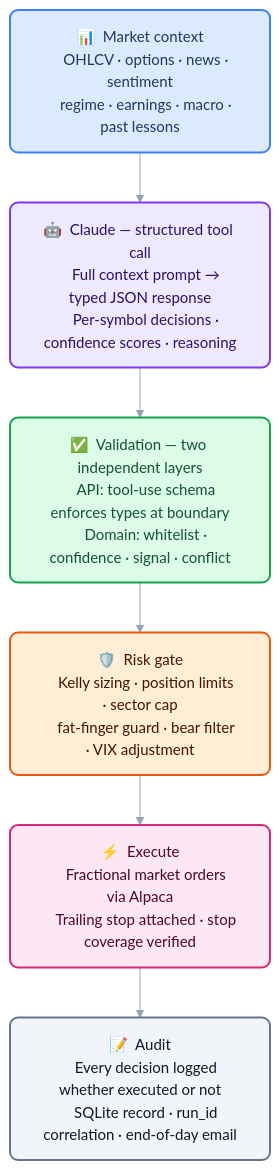
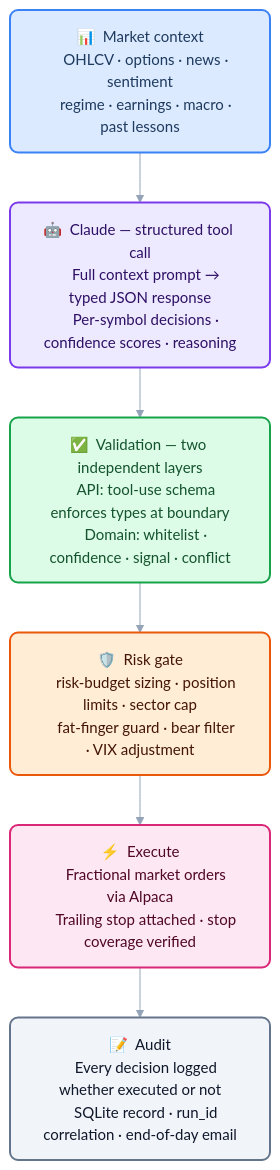
The first of 2 diagrams in README.md (samchatterley/investor-bot), drawn with Mermaid before and after one commit. The commit also changed other lines of this file and 2 other files, not shown here.

````diff
--- a/README.md
+++ b/README.md
@@ -52,36 +54,36 @@
 ```mermaid
 %%{init: {'theme': 'base', 'themeVariables': {'fontSize': '15px', 'lineColor': '#94a3b8'}}}%%
 flowchart TD
     classDef input    fill:#dbeafe,stroke:#3b82f6,stroke-width:2px,color:#1e3a5f,rx:8
     classDef ai       fill:#ede9fe,stroke:#7c3aed,stroke-width:2px,color:#2e1065,rx:8
     classDef validate fill:#dcfce7,stroke:#16a34a,stroke-width:2px,color:#14532d,rx:8
     classDef risk     fill:#ffedd5,stroke:#ea580c,stroke-width:2px,color:#431407,rx:8
     classDef execute  fill:#fce7f3,stroke:#db2777,stroke-width:2px,color:#500724,rx:8
     classDef audit    fill:#f1f5f9,stroke:#64748b,stroke-width:2px,color:#0f172a,rx:8
 
     A["📊 &nbsp;Market context
     OHLCV · options · news · sentiment
     regime · earnings · macro · past lessons"]:::input
 
     B["🤖 &nbsp;Claude — structured tool call
     Full context prompt → typed JSON response
     Per-symbol decisions · confidence scores · reasoning"]:::ai
 
     C["✅ &nbsp;Validation — two independent layers
     API: tool-use schema enforces types at boundary
     Domain: whitelist · confidence · signal · conflict"]:::validate
 
     D["🛡️ &nbsp;Risk gate
-    Kelly sizing · position limits · sector cap
+    risk-budget sizing · position limits · sector cap
     fat-finger guard · bear filter · VIX adjustment"]:::risk
 
     E["⚡ &nbsp;Execute
     Fractional market orders via Alpaca
     Trailing stop attached · stop coverage verified"]:::execute
 
     F["📝 &nbsp;Audit
     Every decision logged whether executed or not
     SQLite record · run_id correlation · end-of-day email"]:::audit
 
     A --> B --> C --> D --> E --> F
 ```
````
